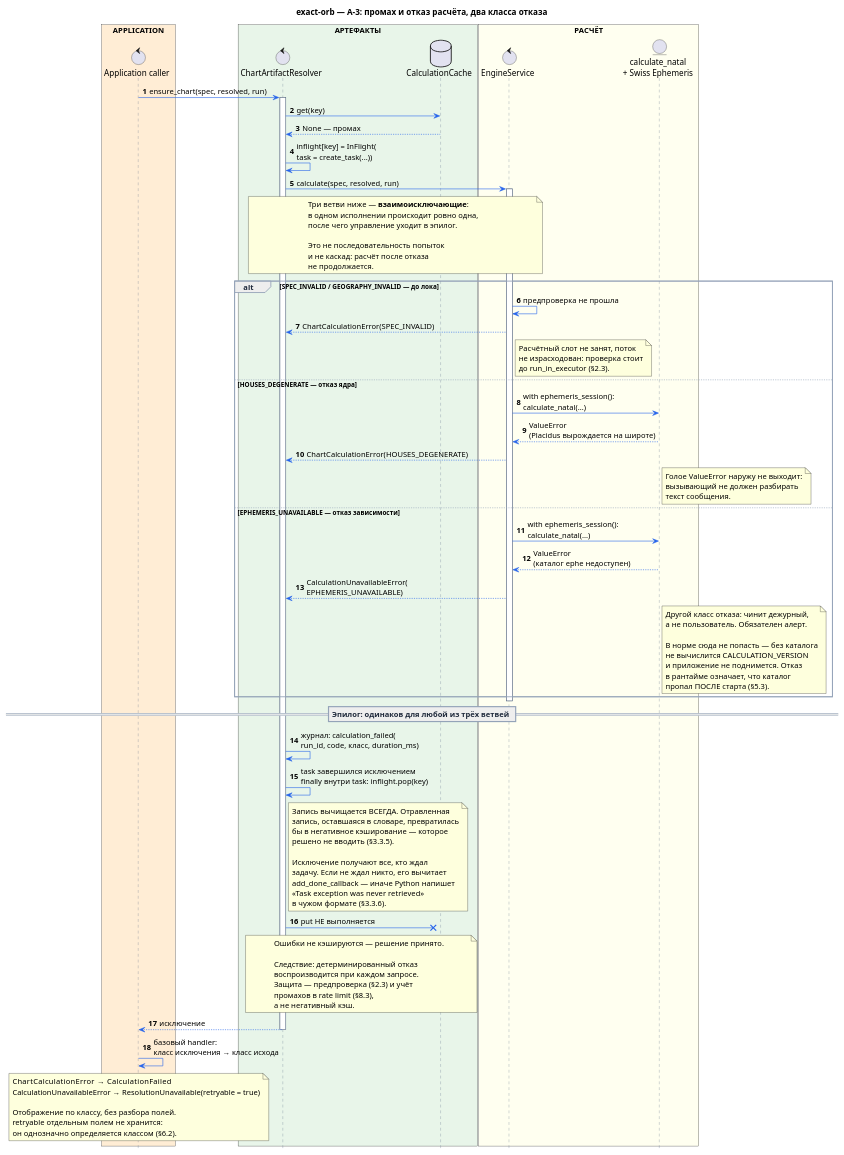
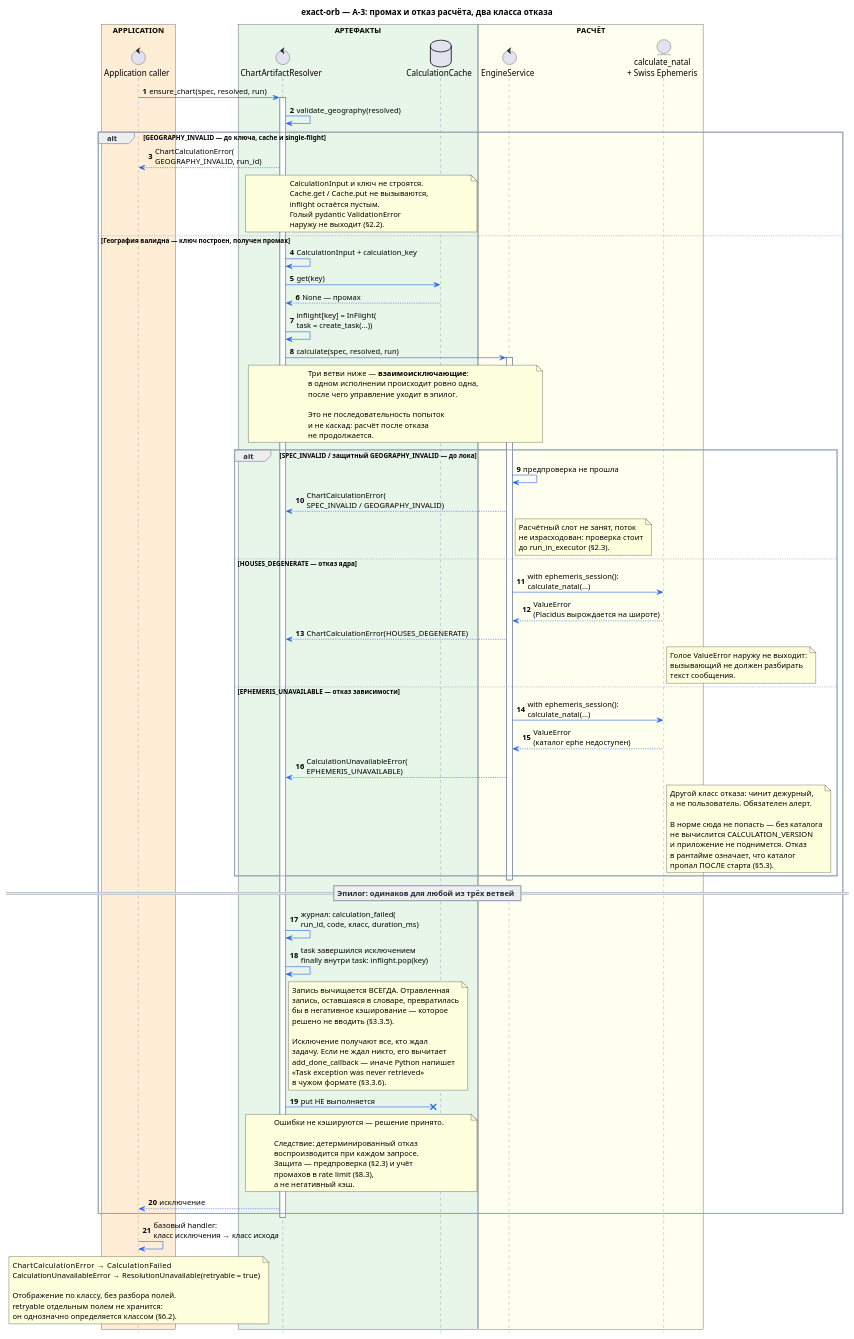
Before and after one commit to unemployedITshnik/exact-orb-demo: the diagram in docs/sequence_diagrams/chart_artifacts/003-ensure_chart_calculation_failed.puml, drawn with PlantUML. The commit also changed 6 other files, not shown here.

First line of the commit message:
fix(calculation): validate boundary inputs

```diff
--- a/docs/sequence_diagrams/chart_artifacts/003-ensure_chart_calculation_failed.puml
+++ b/docs/sequence_diagrams/chart_artifacts/003-ensure_chart_calculation_failed.puml
@@ -1,160 +1,180 @@
 @startuml
 title exact-orb — A-3: промах и отказ расчёта, два класса отказа
 
 autonumber
 hide footbox
 
 skinparam shadowing false
 skinparam responseMessageBelowArrow true
 
 skinparam sequence {
     ArrowColor #2563EB
     LifeLineBorderColor #64748B
     LifeLineBackgroundColor #FFFFFF
 
     ParticipantBorderColor #64748B
     ParticipantFontColor #0F172A
     ParticipantBackgroundColor #F8FAFC
 
     ActorBorderColor #64748B
     ActorFontColor #0F172A
     ActorBackgroundColor #DBEAFE
 
     GroupBorderColor #94A3B8
     GroupHeaderFontColor #1E293B
 
     DividerBorderColor #94A3B8
     DividerFontColor #1E293B
 
     NoteBorderColor #94A3B8
     NoteBackgroundColor #FFFBEA
     NoteFontColor #334155
 }
 
 box "APPLICATION" #FFEDD5
     control "Application caller" as Handler
 end box
 
 box "АРТЕФАКТЫ" #E8F5E9
     control "ChartArtifactResolver" as Artifacts
     database "CalculationCache" as Cache
 end box
 
 box "РАСЧЁТ" #FFFFF0
     control "EngineService" as Engine
     entity "calculate_natal\n+ Swiss Ephemeris" as Swiss
 end box
 
 
 Handler -> Artifacts : ensure_chart(spec, resolved, run)
 activate Artifacts
 
+Artifacts -> Artifacts : validate_geography(resolved)
+
+alt GEOGRAPHY_INVALID — до ключа, cache и single-flight
+
+    Artifacts --> Handler : ChartCalculationError(\nGEOGRAPHY_INVALID, run_id)
+
+    note over Artifacts, Cache
+    CalculationInput и ключ не строятся.
+    Cache.get / Cache.put не вызываются,
+    inflight остаётся пустым.
+    Голый pydantic ValidationError
+    наружу не выходит (§2.2).
+    end note
+
+else География валидна — ключ построен, получен промах
+
+Artifacts -> Artifacts : CalculationInput + calculation_key
 Artifacts -> Cache : get(key)
 Cache --> Artifacts : None — промах
 
 Artifacts -> Artifacts : inflight[key] = InFlight(\ntask = create_task(...))
 
 Artifacts -> Engine : calculate(spec, resolved, run)
 activate Engine
 
 note over Artifacts, Engine
 Три ветви ниже — **взаимоисключающие**:
 в одном исполнении происходит ровно одна,
 после чего управление уходит в эпилог.
 
 Это не последовательность попыток
 и не каскад: расчёт после отказа
 не продолжается.
 end note
 
 
-alt SPEC_INVALID / GEOGRAPHY_INVALID — до лока
+alt SPEC_INVALID / защитный GEOGRAPHY_INVALID — до лока
 
     Engine -> Engine : предпроверка не прошла
-    Engine --> Artifacts : ChartCalculationError(SPEC_INVALID)
+    Engine --> Artifacts : ChartCalculationError(\nSPEC_INVALID / GEOGRAPHY_INVALID)
 
     note right of Engine
     Расчётный слот не занят, поток
     не израсходован: проверка стоит
     до run_in_executor (§2.3).
     end note
 
 else HOUSES_DEGENERATE — отказ ядра
 
     Engine -> Swiss : with ephemeris_session():\ncalculate_natal(...)
     Swiss --> Engine : ValueError\n(Placidus вырождается на широте)
     Engine --> Artifacts : ChartCalculationError(HOUSES_DEGENERATE)
 
     note right of Swiss
     Голое ValueError наружу не выходит:
     вызывающий не должен разбирать
     текст сообщения.
     end note
 
 else EPHEMERIS_UNAVAILABLE — отказ зависимости
 
     Engine -> Swiss : with ephemeris_session():\ncalculate_natal(...)
     Swiss --> Engine : ValueError\n(каталог ephe недоступен)
     Engine --> Artifacts : CalculationUnavailableError(\nEPHEMERIS_UNAVAILABLE)
 
     note right of Swiss
     Другой класс отказа: чинит дежурный,
     а не пользователь. Обязателен алерт.
 
     В норме сюда не попасть — без каталога
     не вычислится CALCULATION_VERSION
     и приложение не поднимется. Отказ
     в рантайме означает, что каталог
     пропал ПОСЛЕ старта (§5.3).
     end note
 end
 
 deactivate Engine
 
 
 == Эпилог: одинаков для любой из трёх ветвей ==
 
 Artifacts -> Artifacts : журнал: calculation_failed(\nrun_id, code, класс, duration_ms)
 
 Artifacts -> Artifacts : task завершился исключением\nfinally внутри task: inflight.pop(key)
 
 note right of Artifacts
 Запись вычищается ВСЕГДА. Отравленная
 запись, оставшаяся в словаре, превратилась
 бы в негативное кэширование — которое
 решено не вводить (§3.3.5).
 
 Исключение получают все, кто ждал
 задачу. Если не ждал никто, его вычитает
 add_done_callback — иначе Python напишет
 «Task exception was never retrieved»
 в чужом формате (§3.3.6).
 end note
 
 Artifacts -x Cache : put НЕ выполняется
 
 note over Artifacts, Cache
 Ошибки не кэшируются — решение принято.
 
 Следствие: детерминированный отказ
 воспроизводится при каждом запросе.
 Защита — предпроверка (§2.3) и учёт
 промахов в rate limit (§8.3),
 а не негативный кэш.
 end note
 
 Artifacts --> Handler : исключение
+
+end
+
 deactivate Artifacts
 
 Handler -> Handler : базовый handler:\nкласс исключения → класс исхода
 
 note over Handler
 ChartCalculationError       → CalculationFailed
 CalculationUnavailableError → ResolutionUnavailable(retryable = true)
 
 Отображение по классу, без разбора полей.
 retryable отдельным полем не хранится:
 он однозначно определяется классом (§6.2).
 end note
 
 @enduml
```
